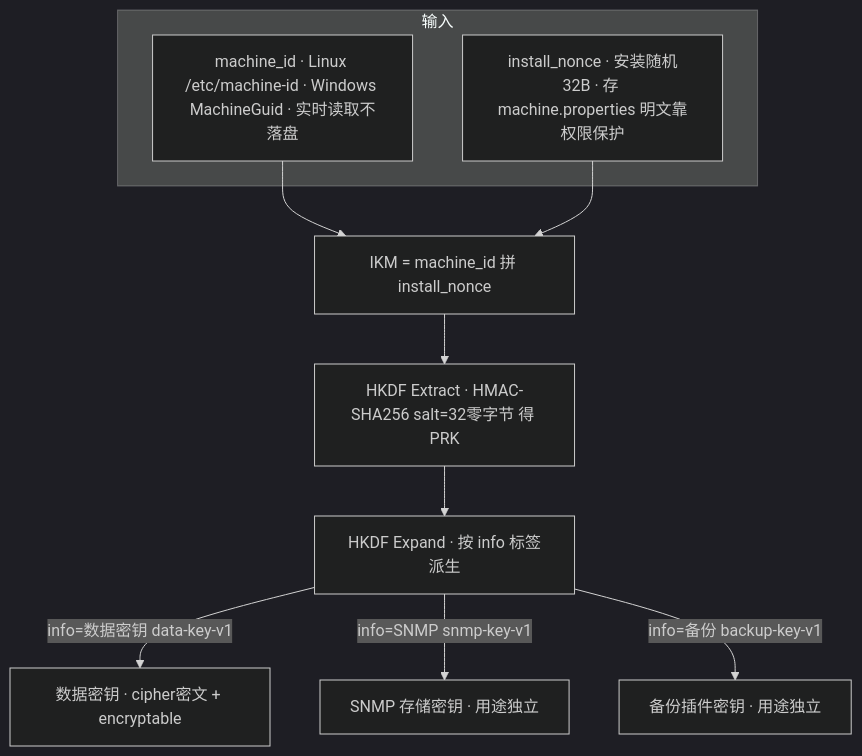
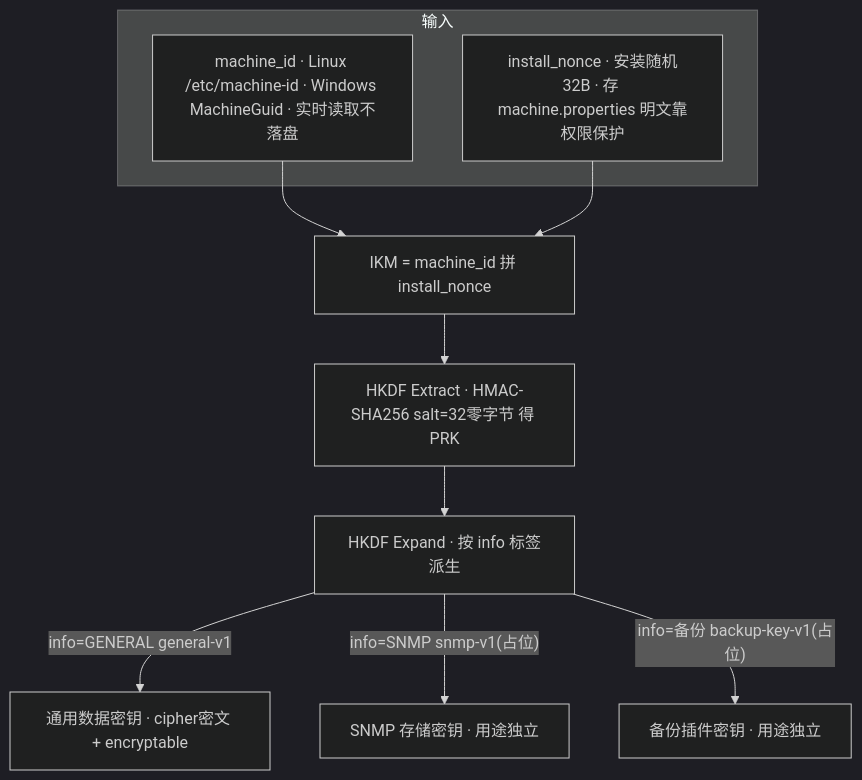
One commit to vb-wjt/study changed the second of 8 diagrams in origin/2-projects/vertiv/PI/experience/v4.0/security-fix/design/crypto-key-management-solution.md. Above: the diagram before and after it, drawn with Mermaid (dark theme). The commit also changed other lines of this file and 6 other files, not shown here.

````diff
--- a/origin/2-projects/vertiv/PI/experience/v4.0/security-fix/design/crypto-key-management-solution.md
+++ b/origin/2-projects/vertiv/PI/experience/v4.0/security-fix/design/crypto-key-management-solution.md
@@ -127,14 +150,14 @@
 ```mermaid
 flowchart TB
   subgraph inputs [输入]
     mid["machine_id · Linux /etc/machine-id · Windows MachineGuid · 实时读取不落盘"]
     nonce["install_nonce · 安装随机32B · 存 machine.properties 明文靠权限保护"]
   end
   mid --> ikm["IKM = machine_id 拼 install_nonce"]
   nonce --> ikm
   ikm --> extract["HKDF Extract · HMAC-SHA256 salt=32零字节 得 PRK"]
   extract --> expand["HKDF Expand · 按 info 标签派生"]
-  expand -->|"info=数据密钥 data-key-v1"| k1["数据密钥 · cipher密文 + encryptable"]
-  expand -->|"info=SNMP snmp-key-v1"| k2["SNMP 存储密钥 · 用途独立"]
-  expand -->|"info=备份 backup-key-v1"| k3["备份插件密钥 · 用途独立"]
+  expand -->|"info=GENERAL general-v1"| k1["通用数据密钥 · cipher密文 + encryptable"]
+  expand -->|"info=SNMP snmp-v1(占位)"| k2["SNMP 存储密钥 · 用途独立"]
+  expand -->|"info=备份 backup-key-v1(占位)"| k3["备份插件密钥 · 用途独立"]
 ```
````
